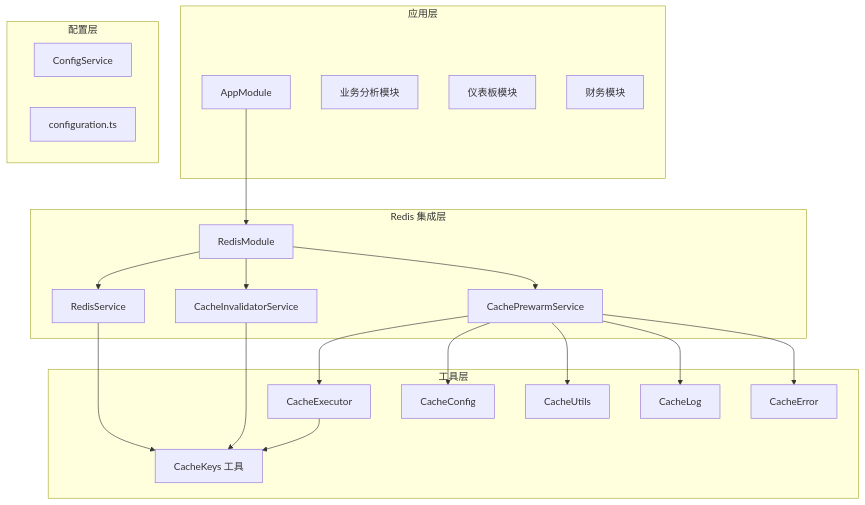
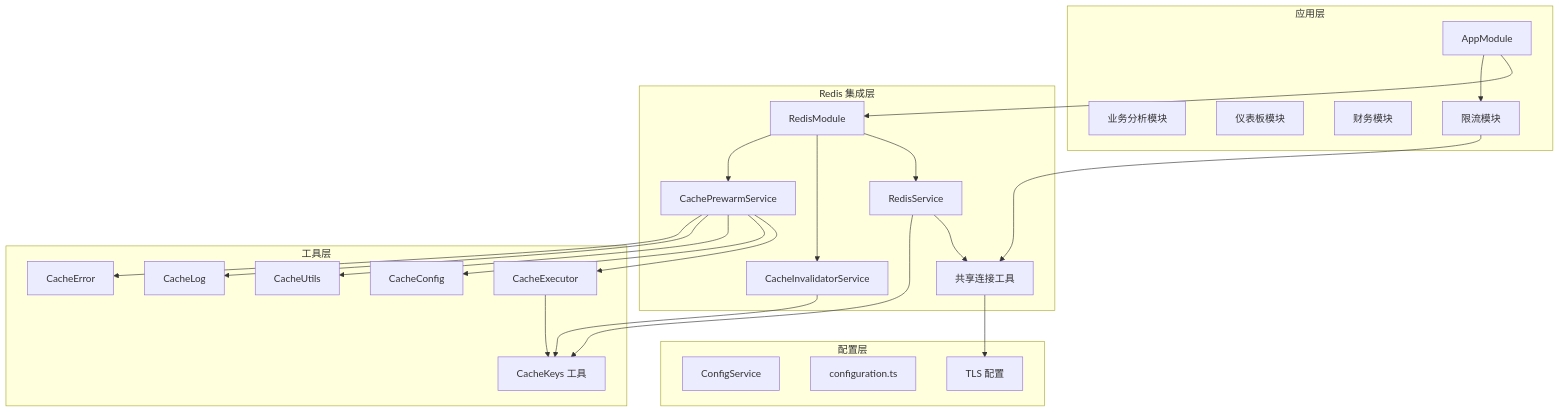
The first of 7 diagrams in .qoder/repowiki/zh/content/缓存系统/Redis 集成方案.md (rc558620/purelyprofit-server), drawn with Mermaid before and after one commit. The commit also changed other lines of this file and 55 other files, not shown here.

````diff
--- a/.qoder/repowiki/zh/content/缓存系统/Redis 集成方案.md
+++ b/.qoder/repowiki/zh/content/缓存系统/Redis 集成方案.md
@@ -40,39 +48,46 @@
 ```mermaid
 graph TB
 subgraph "应用层"
 AppModule[AppModule]
 BusinessAnalysis[业务分析模块]
 DashboardHome[仪表板模块]
 Finance[财务模块]
+ThrottlerModule[限流模块]
 end
 subgraph "Redis 集成层"
 RedisModule[RedisModule]
 RedisService[RedisService]
 CacheInvalidator[CacheInvalidatorService]
 CachePrewarm[CachePrewarmService]
+SharedUtils[共享连接工具]
 end
 subgraph "工具层"
 CacheKeys[CacheKeys 工具]
 CacheExecutor[CacheExecutor]
 CacheConfig[CacheConfig]
 CacheUtils[CacheUtils]
 CacheLog[CacheLog]
 CacheError[CacheError]
 end
 subgraph "配置层"
 ConfigService[ConfigService]
 Configuration[configuration.ts]
+TLSConfig[TLS 配置]
 end
 AppModule --> RedisModule
+AppModule --> ThrottlerModule
 RedisModule --> RedisService
 RedisModule --> CacheInvalidator
 RedisModule --> CachePrewarm
+RedisService --> SharedUtils
+ThrottlerModule --> SharedUtils
+SharedUtils --> TLSConfig
 CachePrewarm --> CacheExecutor
 CachePrewarm --> CacheConfig
 CachePrewarm --> CacheUtils
 CachePrewarm --> CacheLog
 CachePrewarm --> CacheError
 RedisService --> CacheKeys
 CacheInvalidator --> CacheKeys
 CacheExecutor --> CacheKeys
 ```
````
